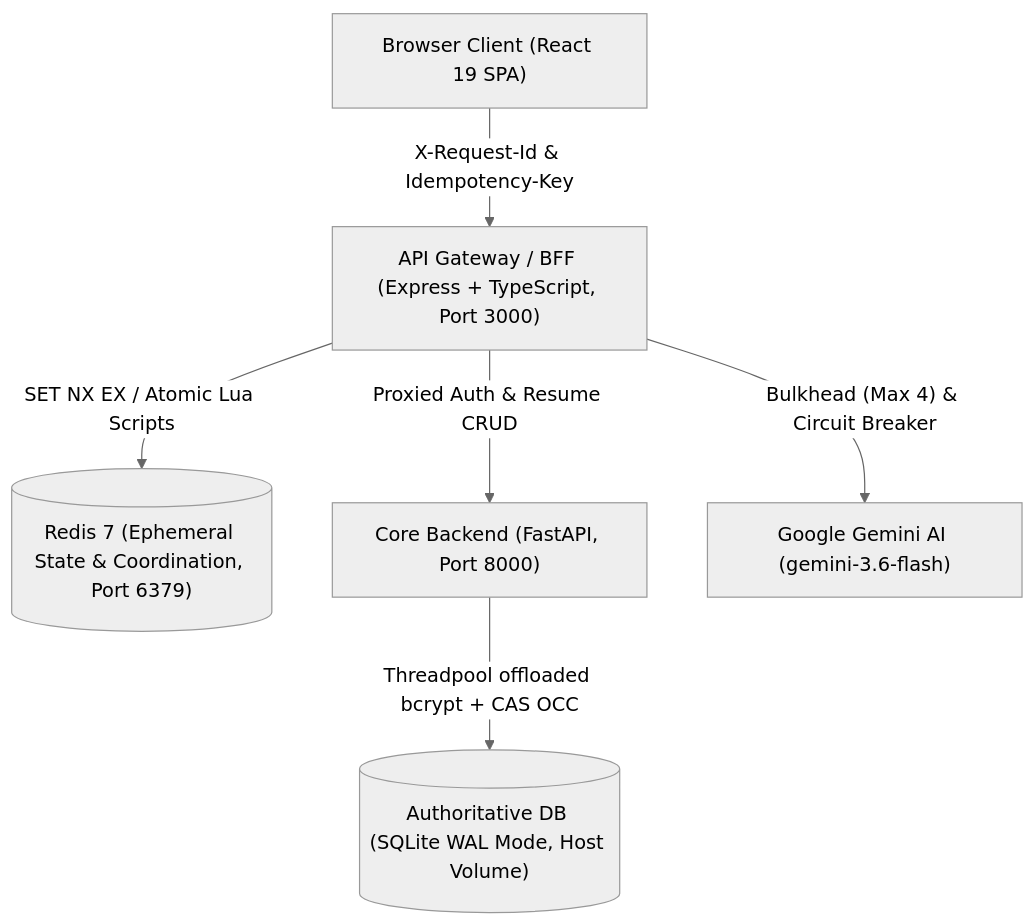
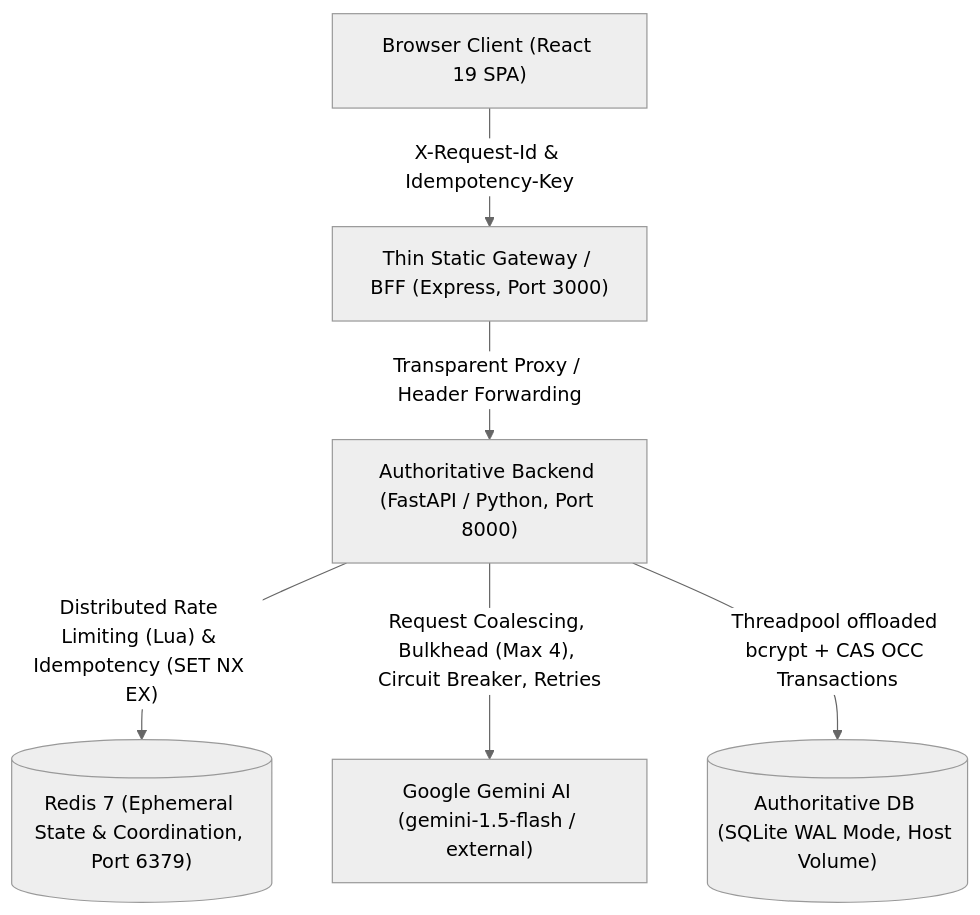
Before and after one commit to Ramakrishnan-2002/Intellresume_2026: the diagram in docs/system-design.md, drawn with Mermaid (neutral theme). The commit also changed other lines of this file and 52 other files, not shown here.

First line of the commit message:
feat(system-design): Python-centric backend migration, distributed resilience, and PDF vector export fix

````diff
--- a/docs/system-design.md
+++ b/docs/system-design.md
@@ -11,15 +11,15 @@
 ```mermaid
 graph TD
     Client["Browser Client (React 19 SPA)"]
-    BFF["API Gateway / BFF (Express + TypeScript, Port 3000)"]
+    Gateway["Thin Static Gateway / BFF (Express, Port 3000)"]
+    FastAPI["Authoritative Backend (FastAPI / Python, Port 8000)"]
     Redis[("Redis 7 (Ephemeral State & Coordination, Port 6379)")]
-    Backend["Core Backend (FastAPI, Port 8000)"]
     SQLite[("Authoritative DB (SQLite WAL Mode, Host Volume)")]
-    Gemini["Google Gemini AI (gemini-3.6-flash)"]
+    Gemini["Google Gemini AI (gemini-1.5-flash / external)"]
 
-    Client -->|"X-Request-Id & Idempotency-Key"| BFF
-    BFF -->|"SET NX EX / Atomic Lua Scripts"| Redis
-    BFF -->|"Bulkhead (Max 4) & Circuit Breaker"| Gemini
-    BFF -->|"Proxied Auth & Resume CRUD"| Backend
-    Backend -->|"Threadpool offloaded bcrypt + CAS OCC"| SQLite
+    Client -->|"X-Request-Id & Idempotency-Key"| Gateway
+    Gateway -->|"Transparent Proxy / Header Forwarding"| FastAPI
+    FastAPI -->|"Distributed Rate Limiting (Lua) & Idempotency (SET NX EX)"| Redis
+    FastAPI -->|"Request Coalescing, Bulkhead (Max 4), Circuit Breaker, Retries"| Gemini
+    FastAPI -->|"Threadpool offloaded bcrypt + CAS OCC Transactions"| SQLite
 ```
````
